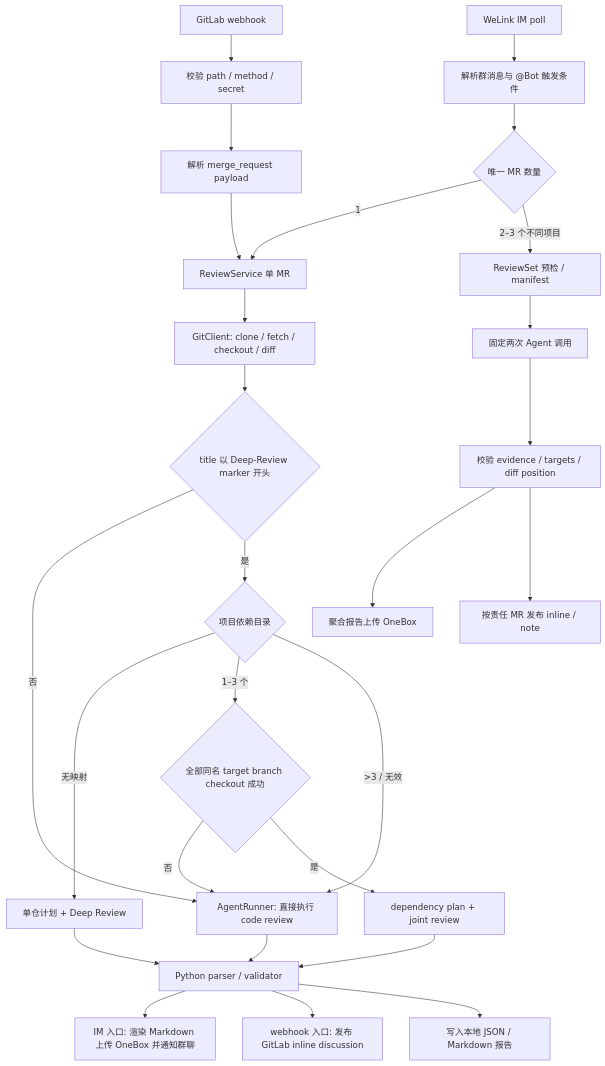
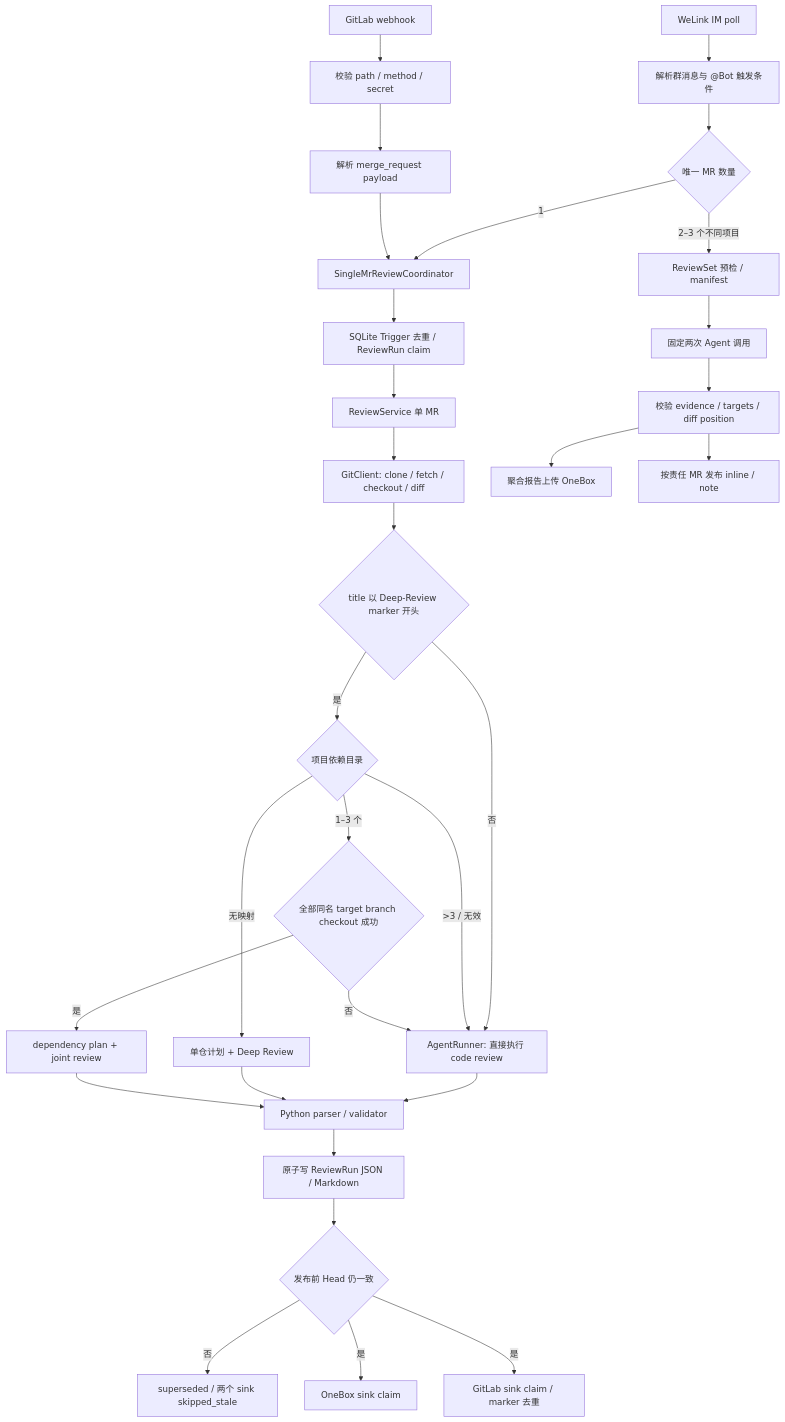
Before and after one commit to Faye-663/code-mr-reviewer: the first of 3 diagrams in docs/DESIGN.md, drawn with Mermaid. The commit also changed other lines of this file and 20 other files, not shown here.

````diff
--- a/docs/DESIGN.md
+++ b/docs/DESIGN.md
@@ -7,29 +7,33 @@
 ```mermaid
 flowchart TD
     A["WeLink IM poll"] --> B["解析群消息与 @Bot 触发条件"]
     C["GitLab webhook"] --> D["校验 path / method / secret"]
     D --> E["解析 merge_request payload"]
     B --> B2{"唯一 MR 数量"}
-    B2 -- "1" --> F["ReviewService 单 MR"]
+    B2 -- "1" --> S["SingleMrReviewCoordinator"]
     B2 -- "2–3 个不同项目" --> R["ReviewSet 预检 / manifest"]
-    E --> F
+    E --> S
+    S --> C1["SQLite Trigger 去重 / ReviewRun claim"]
+    C1 --> F["ReviewService 单 MR"]
     F --> G["GitClient: clone / fetch / checkout / diff"]
     G --> H{"title 以 Deep-Review marker 开头"}
     H -- "否" --> I["AgentRunner: 直接执行 code review"]
     H -- "是" --> Q{"项目依赖目录"}
     Q -- "无映射" --> H2["单仓计划 + Deep Review"]
     Q -- "1–3 个" --> Q2{"全部同名 target branch checkout 成功"}
     Q -- ">3 / 无效" --> I
     Q2 -- "否" --> I
     Q2 -- "是" --> Q3["dependency plan + joint review"]
     I --> J["Python parser / validator"]
     H2 --> J
     Q3 --> J
-    J --> K["IM 入口: 渲染 Markdown 上传 OneBox 并通知群聊"]
-    J --> L["webhook 入口: 发布 GitLab inline discussion"]
-    J --> M["写入本地 JSON / Markdown 报告"]
+    J --> M["原子写 ReviewRun JSON / Markdown"]
+    M --> V{"发布前 Head 仍一致"}
+    V -- "否" --> X["superseded / 两个 sink skipped_stale"]
+    V -- "是" --> K["OneBox sink claim"]
+    V -- "是" --> L["GitLab sink claim / marker 去重"]
     R --> R2["固定两次 Agent 调用"]
     R2 --> R3["校验 evidence / targets / diff position"]
     R3 --> R4["聚合报告上传 OneBox"]
     R3 --> R5["按责任 MR 发布 inline / note"]
 ```
````
